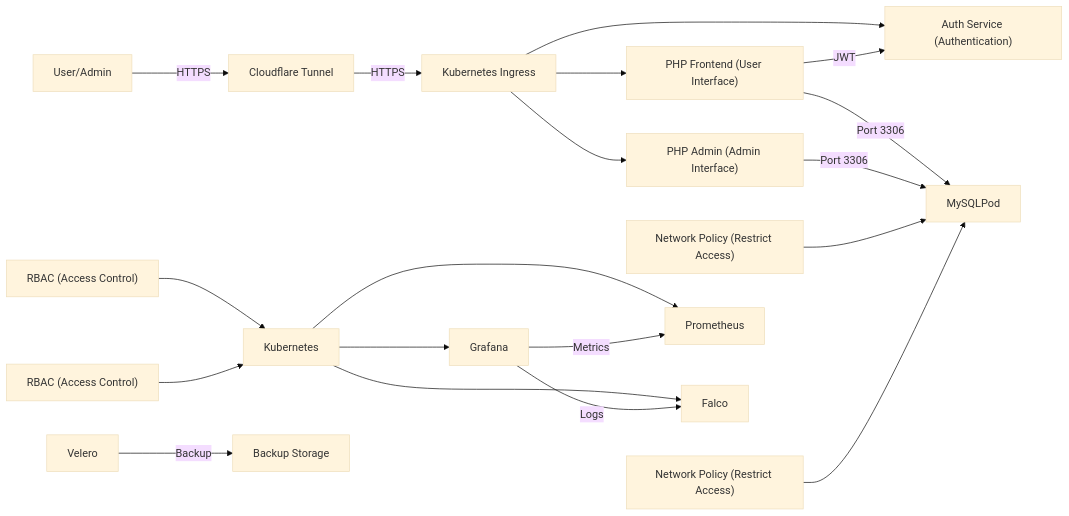
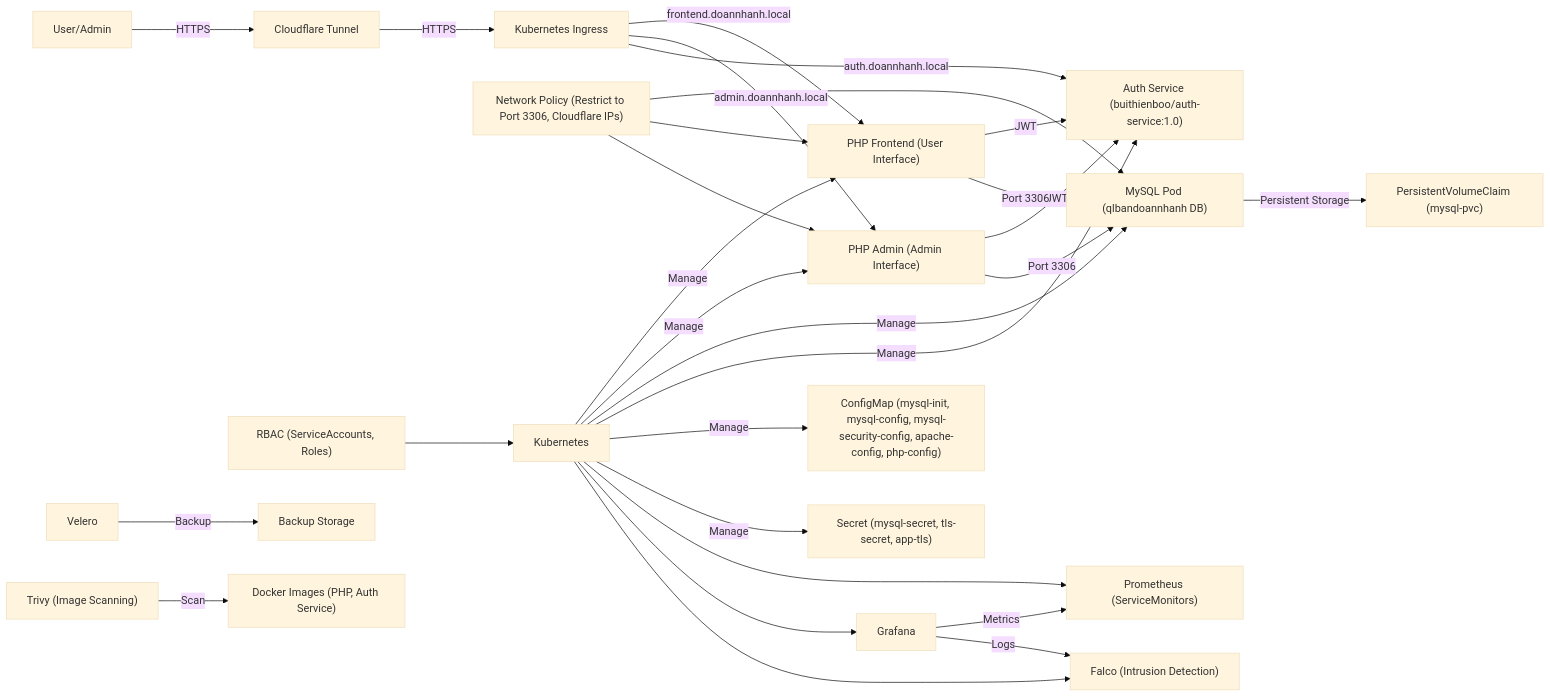
The diagram in README.md (BoonnyThien/QlBanDoAnNhanh), drawn with Mermaid (base theme) before and after one commit.

````diff
--- a/README.md
+++ b/README.md
@@ -47,21 +47,30 @@
 ```mermaid
 flowchart LR
     UserAdmin["User/Admin"] -->|HTTPS| CloudflareTunnel["Cloudflare Tunnel"]
     CloudflareTunnel -->|HTTPS| KubernetesIngress["Kubernetes Ingress"]
-    KubernetesIngress --> PHPFrontend["PHP Frontend (User Interface)"]
-    KubernetesIngress --> AuthService["Auth Service (Authentication)"]
-    KubernetesIngress --> PHPAdmin["PHP Admin (Admin Interface)"]
-    PHPFrontend -->|JWT| AuthService
-    PHPFrontend -->|Port 3306| MySQLPod
+    KubernetesIngress -->|frontend.doannhanh.local| PHPUser["PHP Frontend (User Interface)"]
+    KubernetesIngress -->|admin.doannhanh.local| PHPAdmin["PHP Admin (Admin Interface)"]
+    KubernetesIngress -->|auth.doannhanh.local| AuthService["Auth Service (buithienboo/auth-service:1.0)"]
+    PHPUser -->|JWT| AuthService
+    PHPAdmin -->|JWT| AuthService
+    PHPUser -->|Port 3306| MySQLPod["MySQL Pod (qlbandoannhanh DB)"]
     PHPAdmin -->|Port 3306| MySQLPod
-    NetworkPolicy1["Network Policy (Restrict Access)"] --> MySQLPod
-    NetworkPolicy2["Network Policy (Restrict Access)"] --> MySQLPod
-    RBAC1["RBAC (Access Control)"] --> Kubernetes
-    RBAC2["RBAC (Access Control)"] --> Kubernetes
-    Kubernetes --> Prometheus
-    Kubernetes --> Grafana
-    Kubernetes --> Falco
+    MySQLPod -->|Persistent Storage| PVC["PersistentVolumeClaim (mysql-pvc)"]
+    NetworkPolicy["Network Policy (Restrict to Port 3306, Cloudflare IPs)"] --> MySQLPod
+    NetworkPolicy --> PHPUser
+    NetworkPolicy --> PHPAdmin
+    RBAC["RBAC (ServiceAccounts, Roles)"] --> Kubernetes
+    Kubernetes -->|Manage| PHPUser
+    Kubernetes -->|Manage| PHPAdmin
+    Kubernetes -->|Manage| MySQLPod
+    Kubernetes -->|Manage| AuthService
+    Kubernetes -->|Manage| ConfigMap["ConfigMap (mysql-init, mysql-config, mysql-security-config, apache-config, php-config)"]
+    Kubernetes -->|Manage| Secret["Secret (mysql-secret, tls-secret, app-tls)"]
+    Kubernetes --> Prometheus["Prometheus (ServiceMonitors)"]
+    Kubernetes --> Grafana["Grafana"]
+    Kubernetes --> Falco["Falco (Intrusion Detection)"]
     Grafana -->|Metrics| Prometheus
     Grafana -->|Logs| Falco
-    Velero -->|Backup| BackupStorage["Backup Storage"]
+    Velero["Velero"] -->|Backup| BackupStorage["Backup Storage"]
+    Trivy["Trivy (Image Scanning)"] -->|Scan| DockerImages["Docker Images (PHP, Auth Service)"]
 ```
````
